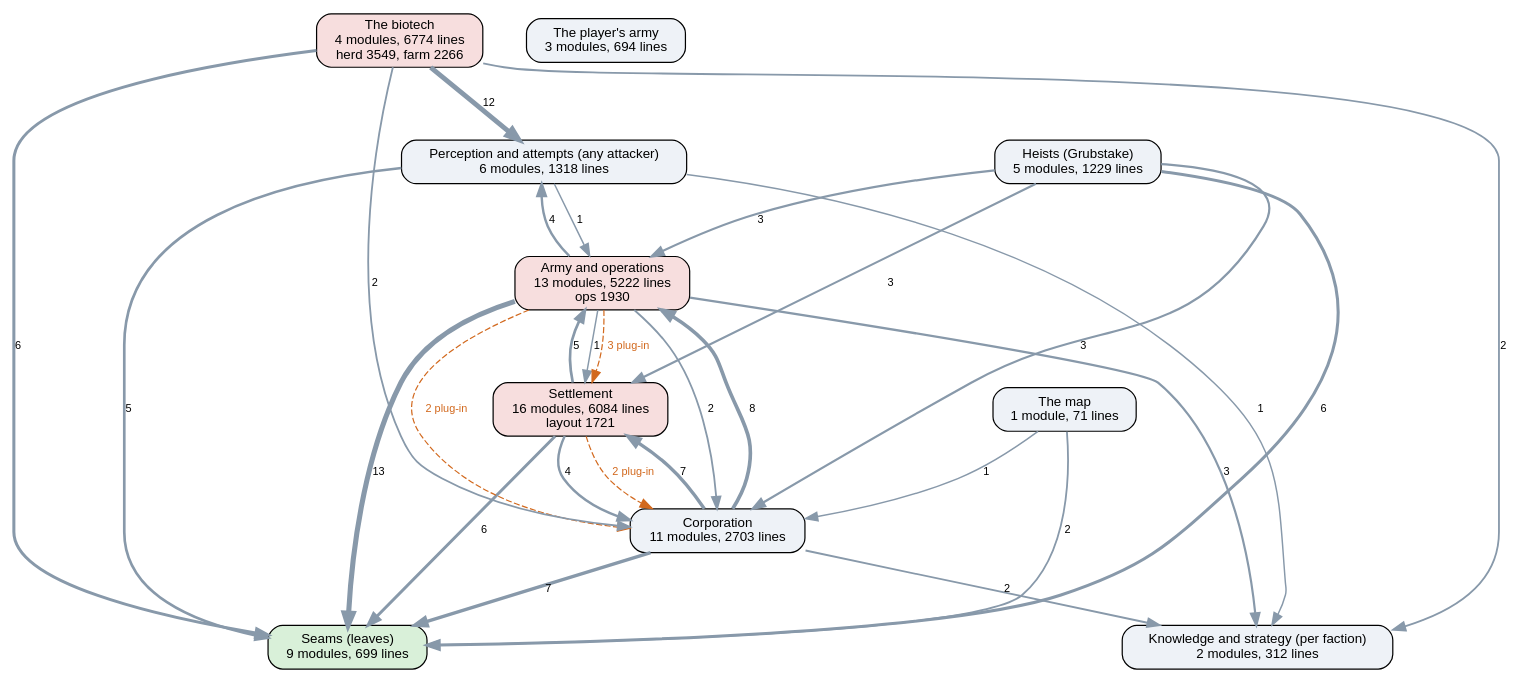
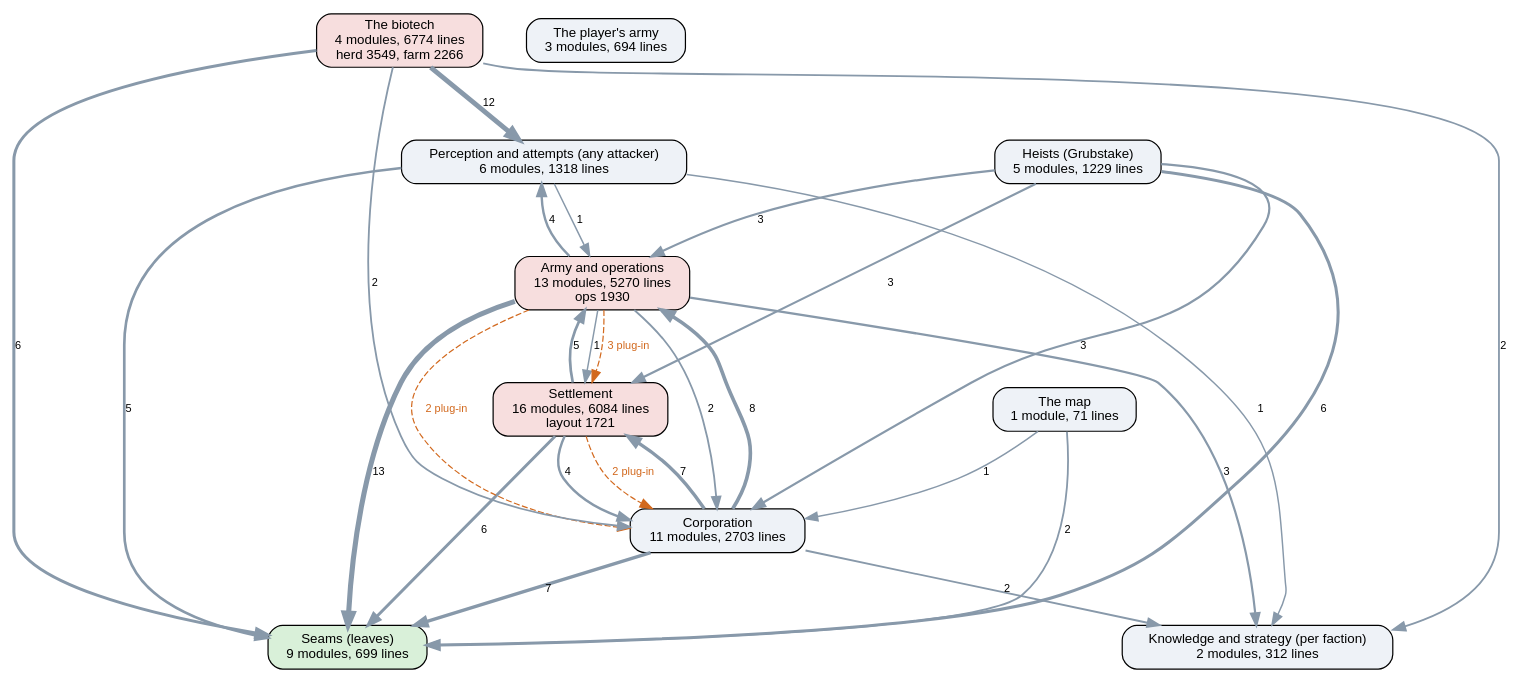
Before and after one commit to kinelhu/landing-party: the diagram in docs/ai-layers.dot, drawn with Graphviz. The commit also changed 10 other files, not shown here.

```diff
--- a/docs/ai-layers.dot
+++ b/docs/ai-layers.dot
@@ -1,43 +1,43 @@
 digraph layers {
   graph [rankdir=TB, fontname="Helvetica", nodesep=0.5, ranksep=0.7];
   node [shape=box, style="rounded,filled", fontname="Helvetica", fontsize=11, fillcolor="#eef2f7"];
   edge [color="#8899aa", fontname="Helvetica", fontsize=9];
   "Seams (leaves)" [label="Seams (leaves)\n9 modules, 699 lines", fillcolor="#d9f0d9"];
   "Perception and attempts (any attacker)" [label="Perception and attempts (any attacker)\n6 modules, 1318 lines", fillcolor="#eef2f7"];
   "Knowledge and strategy (per faction)" [label="Knowledge and strategy (per faction)\n2 modules, 312 lines", fillcolor="#eef2f7"];
   "Corporation" [label="Corporation\n11 modules, 2703 lines", fillcolor="#eef2f7"];
   "Settlement" [label="Settlement\n16 modules, 6084 lines\nlayout 1721", fillcolor="#f7dede"];
-  "Army and operations" [label="Army and operations\n13 modules, 5222 lines\nops 1930", fillcolor="#f7dede"];
+  "Army and operations" [label="Army and operations\n13 modules, 5270 lines\nops 1930", fillcolor="#f7dede"];
   "Heists (Grubstake)" [label="Heists (Grubstake)\n5 modules, 1229 lines", fillcolor="#eef2f7"];
   "The biotech" [label="The biotech\n4 modules, 6774 lines\nherd 3549, farm 2266", fillcolor="#f7dede"];
   "The map" [label="The map\n1 module, 71 lines", fillcolor="#eef2f7"];
   "The player's army" [label="The player's army\n3 modules, 694 lines", fillcolor="#eef2f7"];
   "Army and operations" -> "Corporation" [label="2", penwidth=1.5];
   "Army and operations" -> "Knowledge and strategy (per faction)" [label="3", penwidth=1.8];
   "Army and operations" -> "Perception and attempts (any attacker)" [label="4", penwidth=2.0];
   "Army and operations" -> "Seams (leaves)" [label="13", penwidth=4.2];
   "Army and operations" -> "Settlement" [label="1", penwidth=1.2];
   "Corporation" -> "Army and operations" [label="8", penwidth=3.0];
   "Corporation" -> "Knowledge and strategy (per faction)" [label="2", penwidth=1.5];
   "Corporation" -> "Seams (leaves)" [label="7", penwidth=2.8];
   "Corporation" -> "Settlement" [label="7", penwidth=2.8];
   "Heists (Grubstake)" -> "Army and operations" [label="3", penwidth=1.8];
   "Heists (Grubstake)" -> "Corporation" [label="3", penwidth=1.8];
   "Heists (Grubstake)" -> "Seams (leaves)" [label="6", penwidth=2.5];
   "Heists (Grubstake)" -> "Settlement" [label="3", penwidth=1.8];
   "Perception and attempts (any attacker)" -> "Army and operations" [label="1", penwidth=1.2];
   "Perception and attempts (any attacker)" -> "Knowledge and strategy (per faction)" [label="1", penwidth=1.2];
   "Perception and attempts (any attacker)" -> "Seams (leaves)" [label="5", penwidth=2.2];
   "Settlement" -> "Army and operations" [label="5", penwidth=2.2];
   "Settlement" -> "Corporation" [label="4", penwidth=2.0];
   "Settlement" -> "Seams (leaves)" [label="6", penwidth=2.5];
   "The biotech" -> "Corporation" [label="2", penwidth=1.5];
   "The biotech" -> "Knowledge and strategy (per faction)" [label="2", penwidth=1.5];
   "The biotech" -> "Perception and attempts (any attacker)" [label="12", penwidth=4.0];
   "The biotech" -> "Seams (leaves)" [label="6", penwidth=2.5];
   "The map" -> "Corporation" [label="1", penwidth=1.2];
   "The map" -> "Seams (leaves)" [label="2", penwidth=1.5];
   "Army and operations" -> "Corporation" [style=dashed, color="#d2691e", fontcolor="#d2691e", label="2 plug-in"];
   "Army and operations" -> "Settlement" [style=dashed, color="#d2691e", fontcolor="#d2691e", label="3 plug-in"];
   "Settlement" -> "Corporation" [style=dashed, color="#d2691e", fontcolor="#d2691e", label="2 plug-in"];
 }
```
